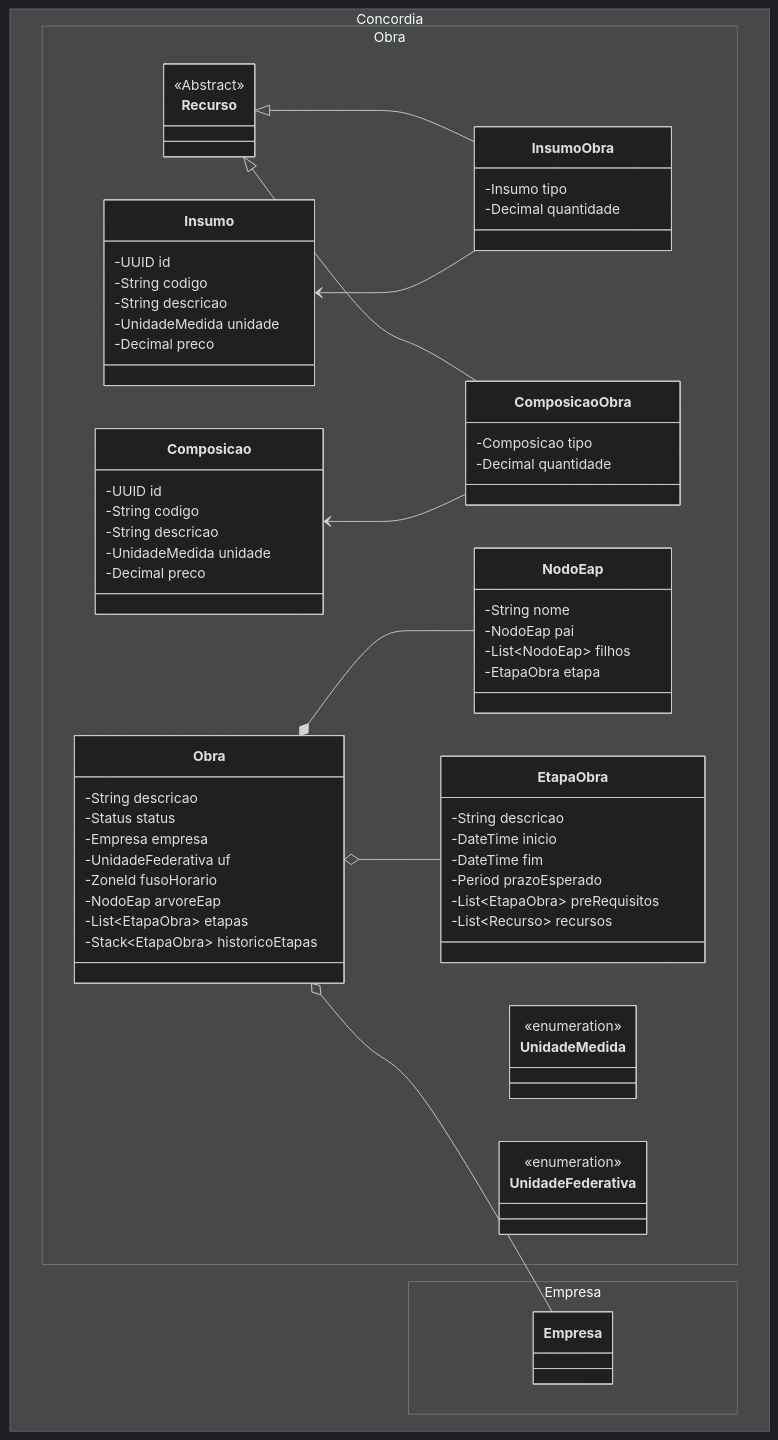
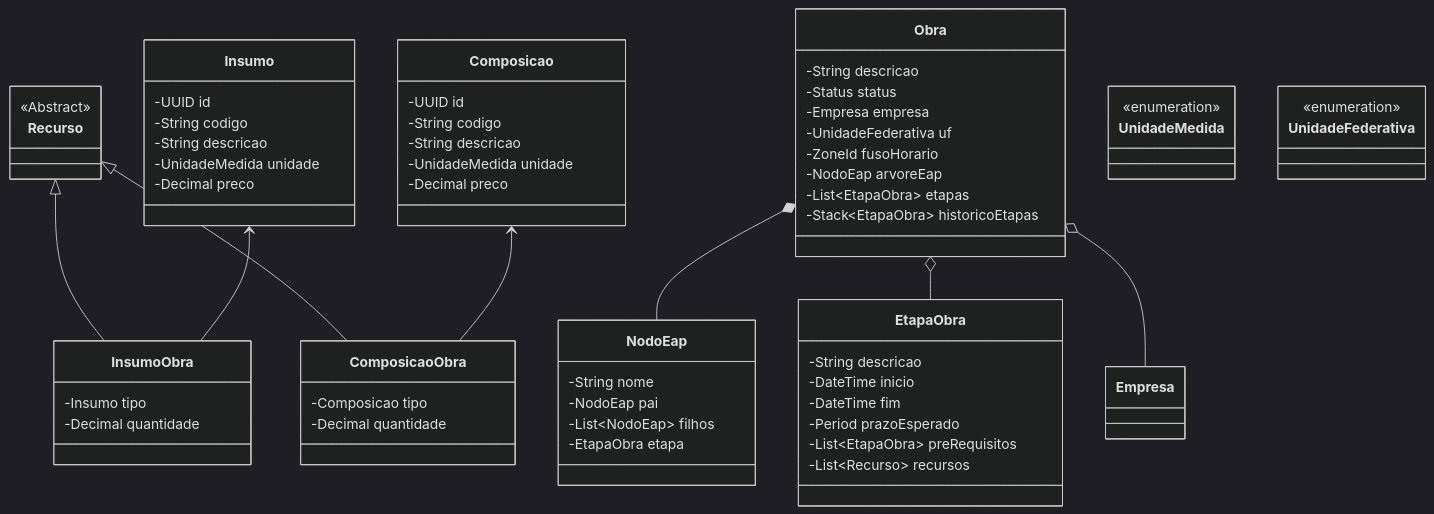
The diagram in api/docs/classes.mmd (aldcejam/concordia), drawn with Mermaid (dark theme) before and after one commit.

Commit message:
docs: cria diagrama de classes

```diff
--- a/api/docs/classes.mmd
+++ b/api/docs/classes.mmd
@@ -1,79 +1,76 @@
 classDiagram
     Recurso <|-- InsumoObra
     Recurso <|-- ComposicaoObra
     Obra *-- NodoEap
     Obra o-- EtapaObra
     Insumo <-- InsumoObra
     Composicao <-- ComposicaoObra
     Obra o-- Empresa
-    namespace Concordia.Obra {
+
         class Obra{
             -String descricao
             -Status status
             -Empresa empresa
             -UnidadeFederativa uf
             -ZoneId fusoHorario
             -NodoEap arvoreEap
             -List~EtapaObra~ etapas
             -Stack~EtapaObra~ historicoEtapas
         }
 
         class NodoEap {
             -String nome
             -NodoEap pai
             -List~NodoEap~ filhos
             -EtapaObra etapa
         }
 
         class EtapaObra{
             -String descricao
             -DateTime inicio
             -DateTime fim
             -Period prazoEsperado
             -List~EtapaObra~ preRequisitos
             -List~Recurso~ recursos
         }
 
         class Recurso {
             <<Abstract>>
         }
 
         class Insumo {
             -UUID id
             -String codigo
             -String descricao
             -UnidadeMedida unidade
             -Decimal preco
         }
 
         class Composicao {
             -UUID id
             -String codigo
             -String descricao
             -UnidadeMedida unidade
             -Decimal preco
         }
 
         class UnidadeMedida {
         <<enumeration>>
         }
 
         class InsumoObra {
             -Insumo tipo
             -Decimal quantidade
         }
 
         class ComposicaoObra {
             -Composicao tipo
             -Decimal quantidade
         }
 
         class UnidadeFederativa {
             <<enumeration>>
         }
-    }
 
-    namespace Concordia.Empresa {
         class Empresa{
         }
-    }
```
